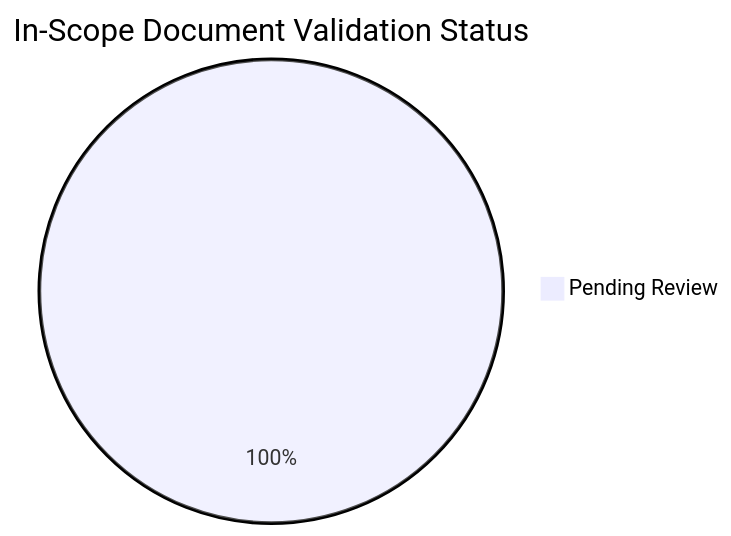
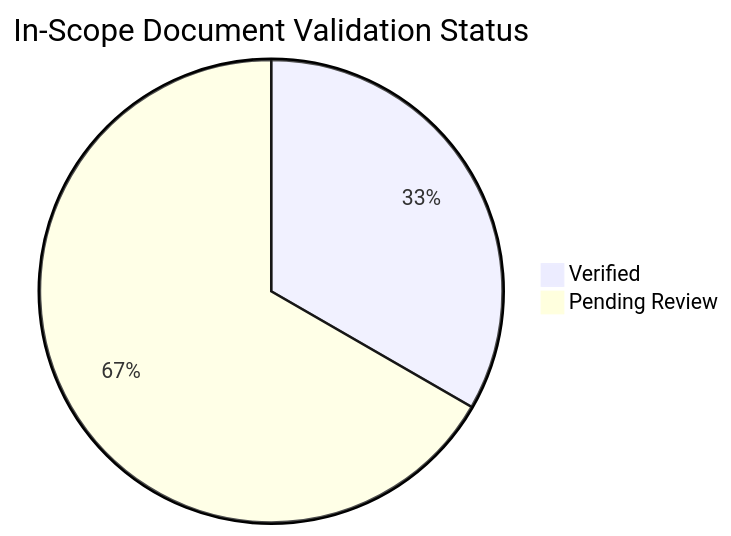
The diagram in docs/reference/content-validation-status.md (yeongseon/azure-networking-practical-guide), drawn with Mermaid before and after one commit. The commit also changed other lines of this file and 10 other files, not shown here.

````diff
--- a/docs/reference/content-validation-status.md
+++ b/docs/reference/content-validation-status.md
@@ -23,4 +23,5 @@
 ```mermaid
 pie title In-Scope Document Validation Status
-    "Pending Review" : 48
+    "Verified" : 16
+    "Pending Review" : 32
 ```
````
